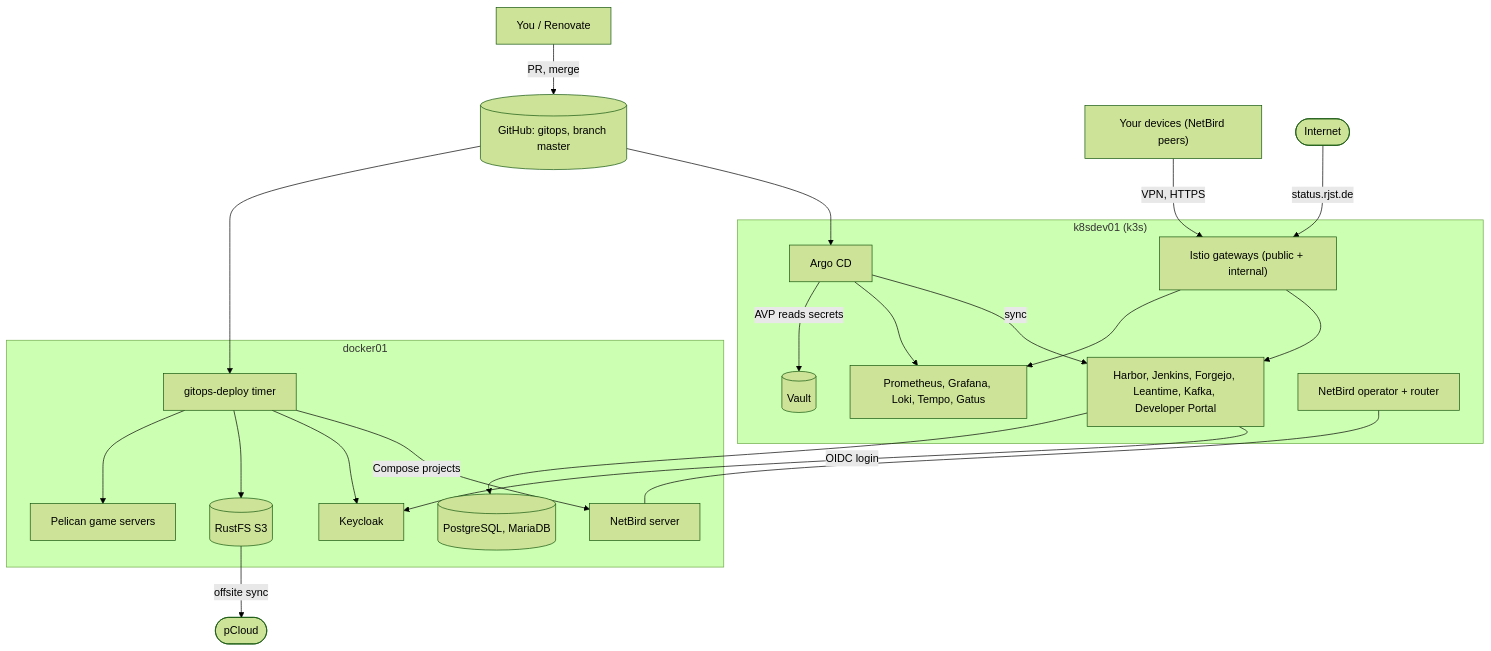
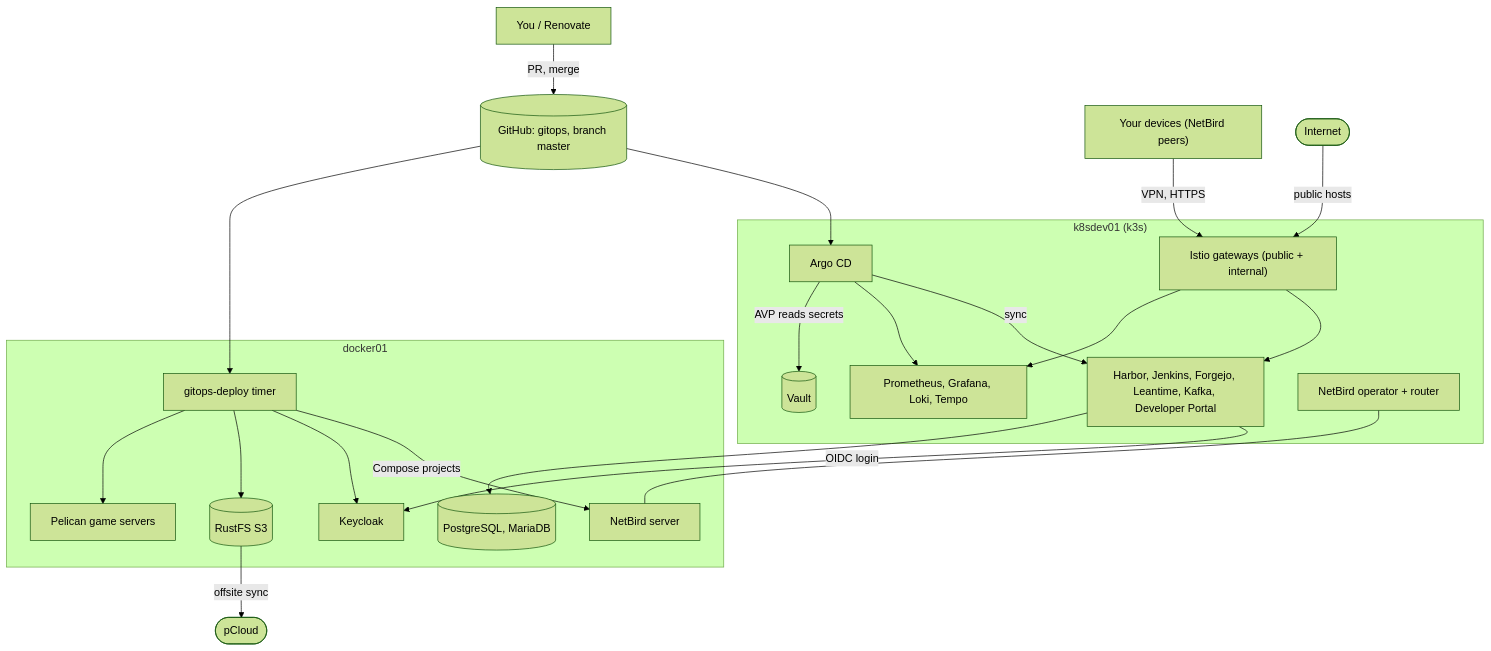
Before and after one commit to ToXiCCuss/gitops: the first of 4 diagrams in README.md, drawn with Mermaid (forest theme). The commit also changed other lines of this file and 11 other files, not shown here.

First line of the commit message:
feat(k3s): use a fixed node address and remove the public status page

````diff
--- a/README.md
+++ b/README.md
@@ -20,37 +20,37 @@
 ```mermaid
 flowchart TB
   you["You / Renovate"] -->|"PR, merge"| git[("GitHub: gitops, branch master")]
   peers["Your devices (NetBird peers)"] -->|"VPN, HTTPS"| mesh
-  internet(["Internet"]) -->|"status.rjst.de"| mesh
+  internet(["Internet"]) -->|"public hosts"| mesh
   subgraph k8s["k8sdev01 (k3s)"]
     argocd["Argo CD"]
     vault[("Vault")]
     mesh["Istio gateways (public + internal)"]
     apps["Harbor, Jenkins, Forgejo, Leantime, Kafka, Developer Portal"]
-    obs["Prometheus, Grafana, Loki, Tempo, Gatus"]
+    obs["Prometheus, Grafana, Loki, Tempo"]
     nbop["NetBird operator + router"]
   end
   subgraph docker01["docker01"]
     timer["gitops-deploy timer"]
     nb["NetBird server"]
     kc["Keycloak"]
     db[("PostgreSQL, MariaDB")]
     s3[("RustFS S3")]
     pel["Pelican game servers"]
   end
   git --> argocd
   git --> timer
   argocd -->|"sync"| apps
   argocd --> obs
   argocd -->|"AVP reads secrets"| vault
   mesh --> apps
   mesh --> obs
   apps -->|"OIDC login"| kc
   apps --> db
   timer -->|"Compose projects"| nb
   timer --> kc
   timer --> s3
   timer --> pel
   nbop --- nb
   s3 -->|"offsite sync"| pcloud(["pCloud"])
 ```
````
